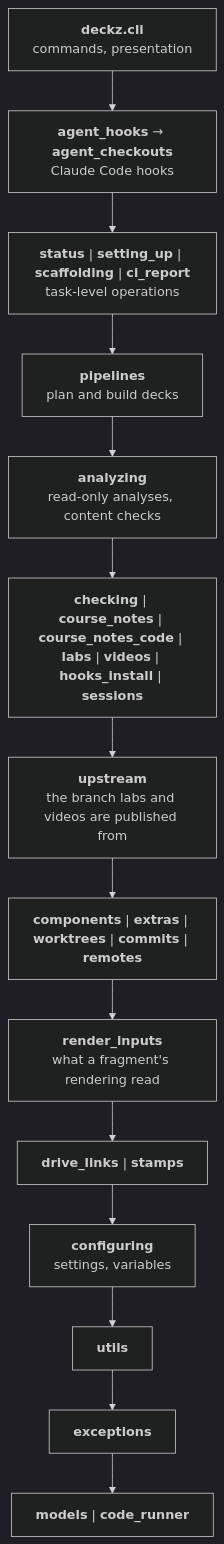
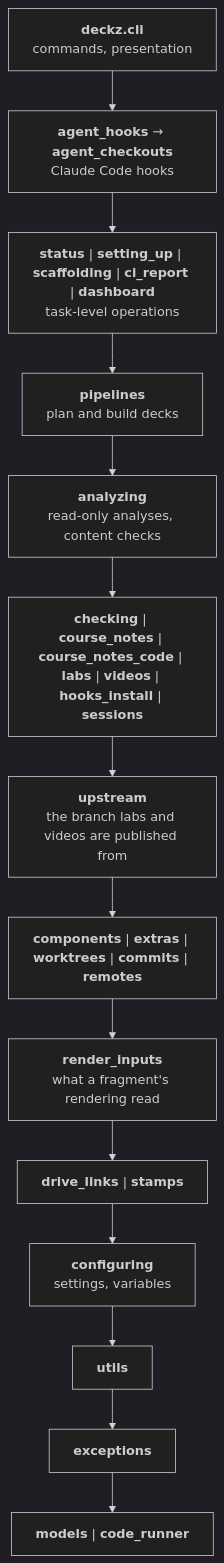
Before and after one commit to shuuchuu/deckz: the second of 2 diagrams in docs/architecture/index.md, drawn with Mermaid (dark theme). The commit also changed other lines of this file and 18 other files, not shown here.

````diff
--- a/docs/architecture/index.md
+++ b/docs/architecture/index.md
@@ -60,18 +60,18 @@
 ```mermaid
 flowchart TB
     cli["<b>deckz.cli</b><br/>commands, presentation"]
     agent["<b>agent_hooks</b> → <b>agent_checkouts</b><br/>Claude Code hooks"]
-    tasks["<b>status</b> | <b>setting_up</b> | <b>scaffolding</b> | <b>ci_report</b><br/>task-level operations"]
+    tasks["<b>status</b> | <b>setting_up</b> | <b>scaffolding</b> | <b>ci_report</b> | <b>dashboard</b><br/>task-level operations"]
     pipelines["<b>pipelines</b><br/>plan and build decks"]
     analyzing["<b>analyzing</b><br/>read-only analyses, content checks"]
     mid["<b>checking</b> | <b>course_notes</b> | <b>course_notes_code</b> | <b>labs</b> | <b>videos</b> | <b>hooks_install</b> | <b>sessions</b>"]
     upstream["<b>upstream</b><br/>the branch labs and videos are published from"]
     components["<b>components</b> | <b>extras</b> | <b>worktrees</b> | <b>commits</b> | <b>remotes</b>"]
     inputs["<b>render_inputs</b><br/>what a fragment's rendering read"]
     low["<b>drive_links</b> | <b>stamps</b>"]
     configuring["<b>configuring</b><br/>settings, variables"]
     utils["<b>utils</b>"]
     exceptions["<b>exceptions</b>"]
     models["<b>models</b> | <b>code_runner</b>"]
     cli --> agent --> tasks --> pipelines --> analyzing --> mid --> upstream --> components --> inputs --> low --> configuring --> utils --> exceptions --> models
 ```
````
